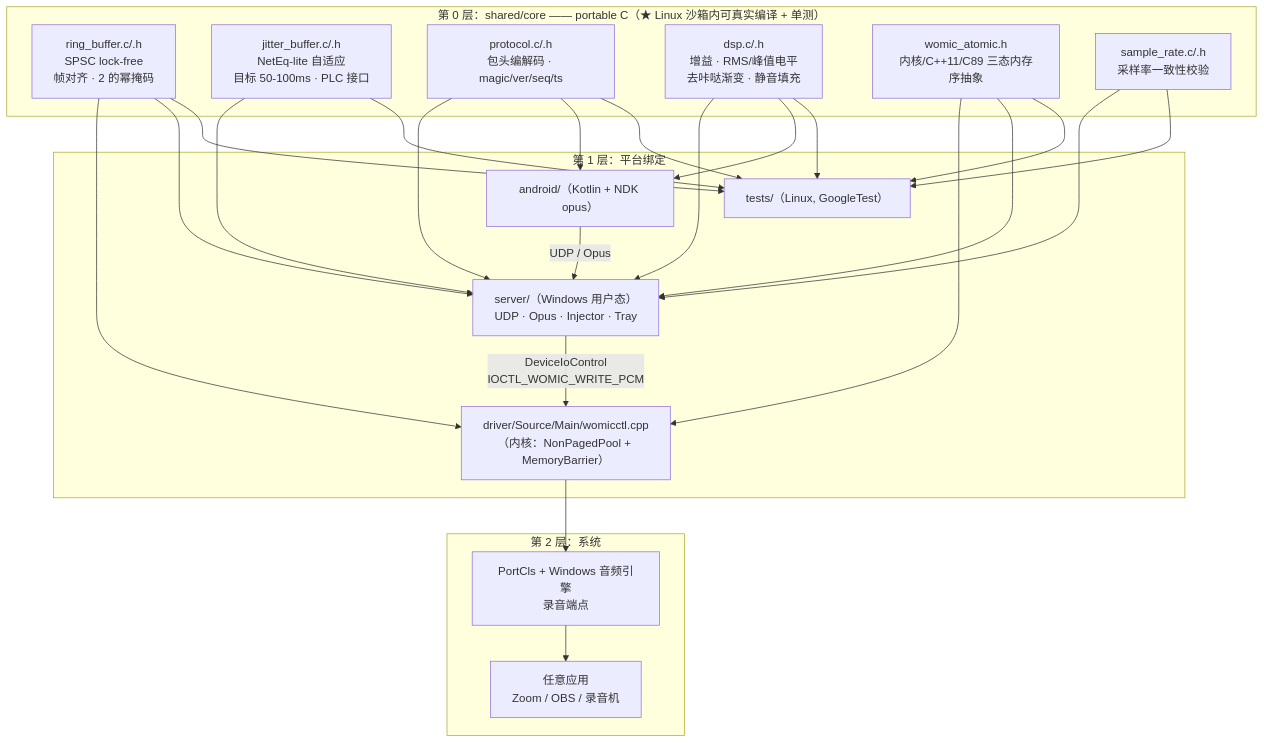
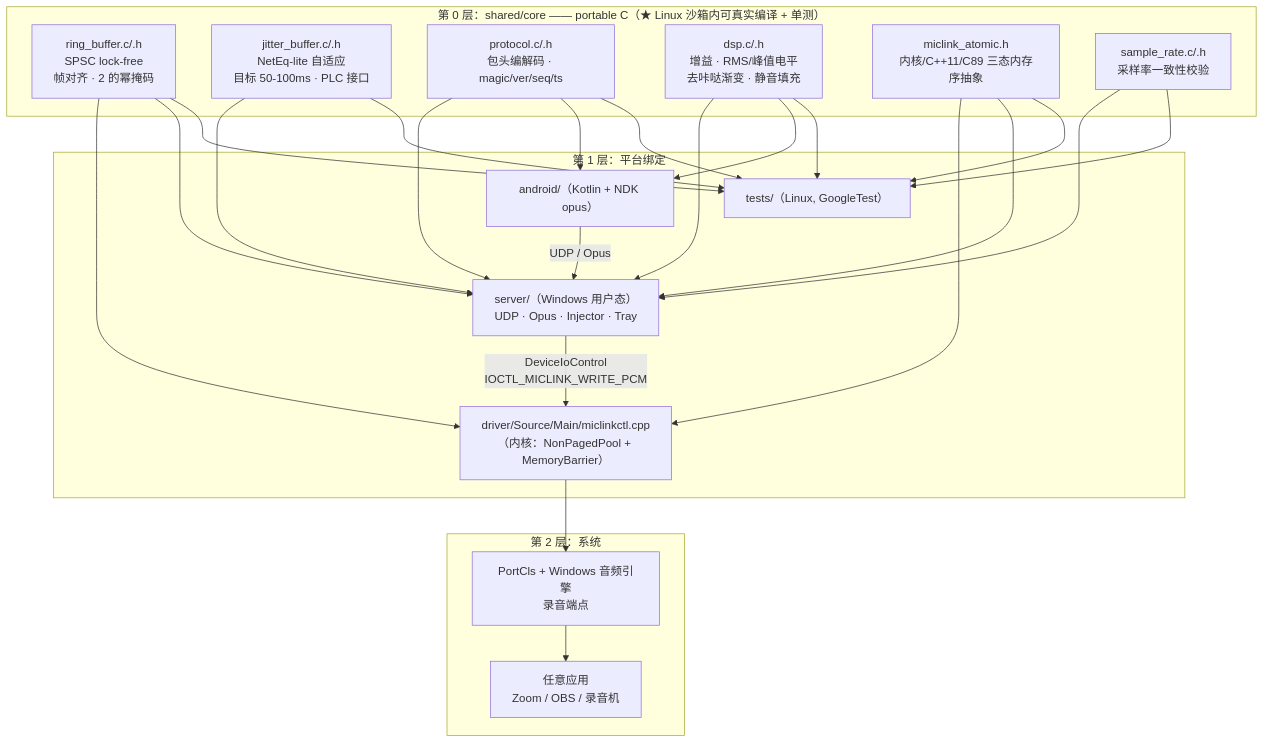
Before and after one commit to 1-1-2/WKB_test: the first of 6 diagrams in docs/ARCHITECTURE.md, drawn with Mermaid. The commit also changed other lines of this file and 130 other files, not shown here.

````diff
--- a/docs/ARCHITECTURE.md
+++ b/docs/ARCHITECTURE.md
@@ -49,44 +49,44 @@
 ```mermaid
 flowchart TB
     subgraph L0["第 0 层：shared/core —— portable C（★ Linux 沙箱内可真实编译 + 单测）"]
         RB["ring_buffer.c/.h<br/>SPSC lock-free<br/>帧对齐 · 2 的幂掩码"]
         JB["jitter_buffer.c/.h<br/>NetEq-lite 自适应<br/>目标 50-100ms · PLC 接口"]
         PR["protocol.c/.h<br/>包头编解码 · magic/ver/seq/ts"]
         DS["dsp.c/.h<br/>增益 · RMS/峰值电平<br/>去咔哒渐变 · 静音填充"]
-        AT["womic_atomic.h<br/>内核/C++11/C89 三态内存序抽象"]
+        AT["miclink_atomic.h<br/>内核/C++11/C89 三态内存序抽象"]
         SR["sample_rate.c/.h<br/>采样率一致性校验"]
     end
 
     subgraph L1["第 1 层：平台绑定"]
-        KD["driver/Source/Main/womicctl.cpp<br/>（内核：NonPagedPool + MemoryBarrier）"]
+        KD["driver/Source/Main/miclinkctl.cpp<br/>（内核：NonPagedPool + MemoryBarrier）"]
         SV["server/（Windows 用户态）<br/>UDP · Opus · Injector · Tray"]
         AN["android/（Kotlin + NDK opus）"]
         TS["tests/（Linux, GoogleTest）"]
     end
 
     subgraph L2["第 2 层：系统"]
         PC["PortCls + Windows 音频引擎<br/>录音端点"]
         APP["任意应用<br/>Zoom / OBS / 录音机"]
     end
 
     RB --> KD
     RB --> SV
     RB --> TS
     JB --> SV
     JB --> TS
     PR --> SV
     PR --> AN
     PR --> TS
     DS --> SV
     DS --> AN
     DS --> TS
     SR --> SV
     SR --> TS
     AT --> KD
     AT --> SV
     AT --> TS
     KD --> PC
-    SV -->|"DeviceIoControl<br/>IOCTL_WOMIC_WRITE_PCM"| KD
+    SV -->|"DeviceIoControl<br/>IOCTL_MICLINK_WRITE_PCM"| KD
     AN -->|"UDP / Opus"| SV
     PC --> APP
 ```
````
